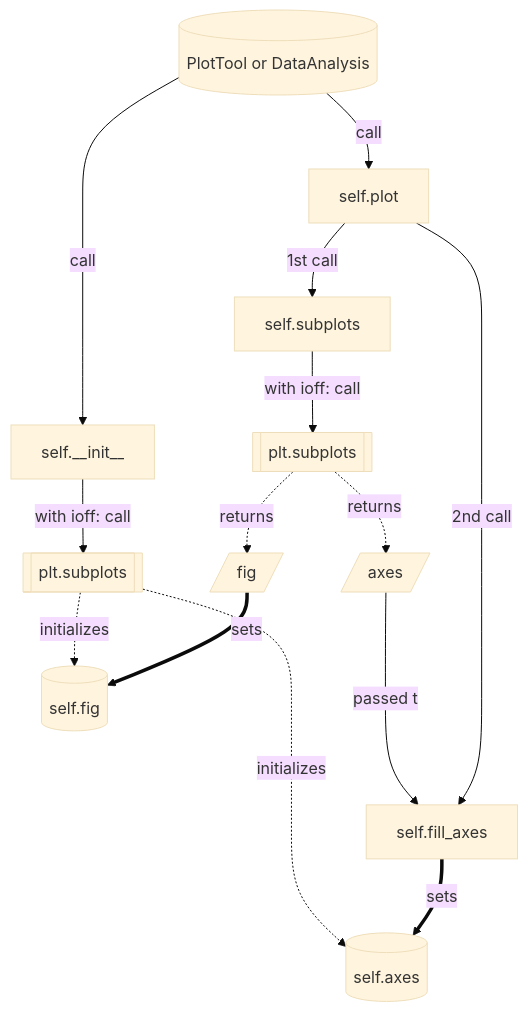
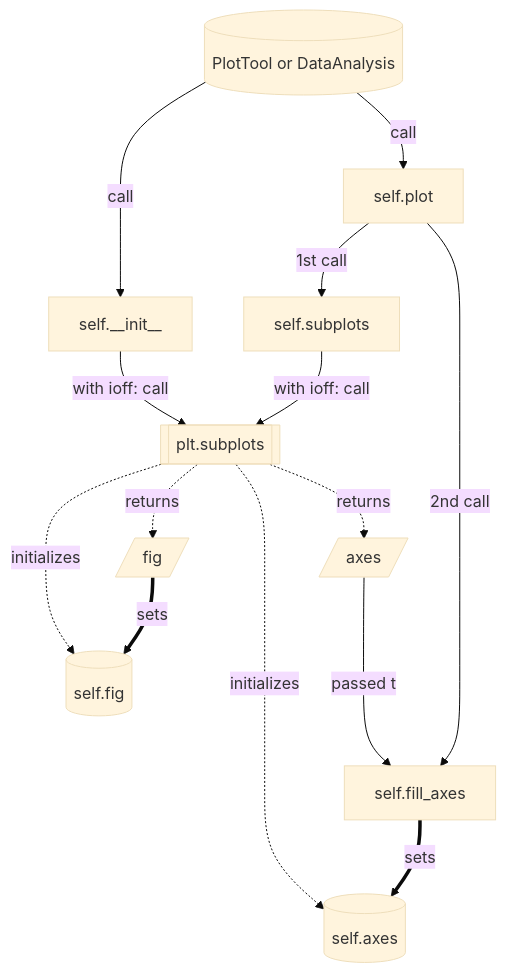
The diagram in plotastic/plottool_flow.md (markur4/plotastic), drawn with Mermaid (base theme) before and after one commit. The commit also changed 2 other files, not shown here.

Commit message:
changes to readme file

````diff
--- a/plotastic/plottool_flow.md
+++ b/plotastic/plottool_flow.md
@@ -3,46 +3,46 @@
 ```mermaid
 
 flowchart TD
     PT[(PlotTool or DataAnalysis)]
     self.fig[(self.fig)] 
     self.axes[(self.axes)]
     self.subplots[self.subplots]
 
 
     %% INIT PATH
     init[self.__init__]
     plt.subplots[[plt.subplots]] 
 
     %%ioff[/ioff/]
     %%figax[/fig, axes/]
 
     PT --call--> init --with ioff: call--> plt.subplots
     plt.subplots -.initializes.-> self.fig & self.axes
 
     %% SUBPLOTS PATH
-    plt.subplots2[[plt.subplots]] 
+    plt.subplots[[plt.subplots]] 
     %%ioff2[/ioff/]
     %%PT --call--> 
     
-    self.subplots --with ioff: call-->plt.subplots2
-    plt.subplots2 -.returns.-> fig[/fig/] & axes[/axes/]
+    self.subplots --with ioff: call-->plt.subplots
+    plt.subplots -.returns.-> fig[/fig/] & axes[/axes/]
 
     %% PLOT PATH
     self.plot[self.plot]
     self.fill_axes[self.fill_axes]
     %%axes2[/axes/]
     PT --call--> self.plot --1st call--> self.subplots
     axes --passed to--> self.fill_axes
     self.plot --2nd call--> self.fill_axes
 
     fig ==sets==> self.fig
     self.fill_axes ==sets==> self.axes 
 
 
     %%PT --call---> init --call---> s.subplots --call---> p.subplots
     %% p.subplots --fig, axes---> PT
 
 
 
 
 ```
````
